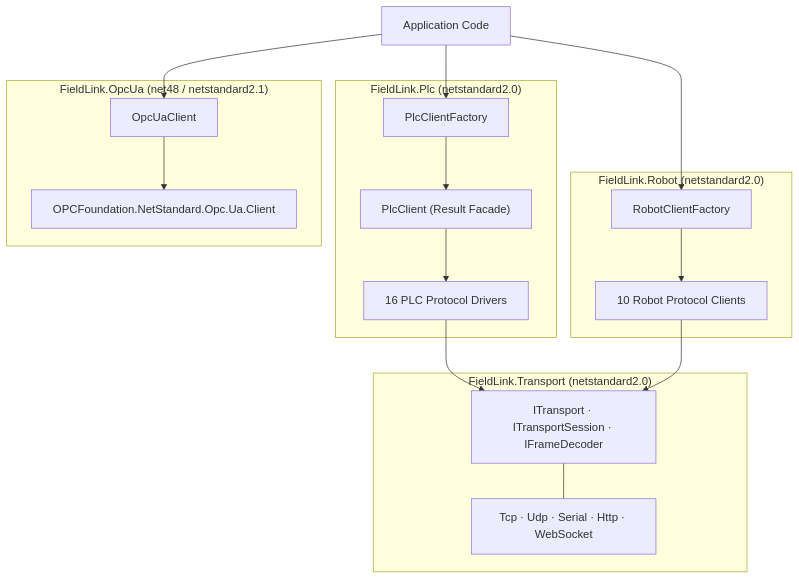
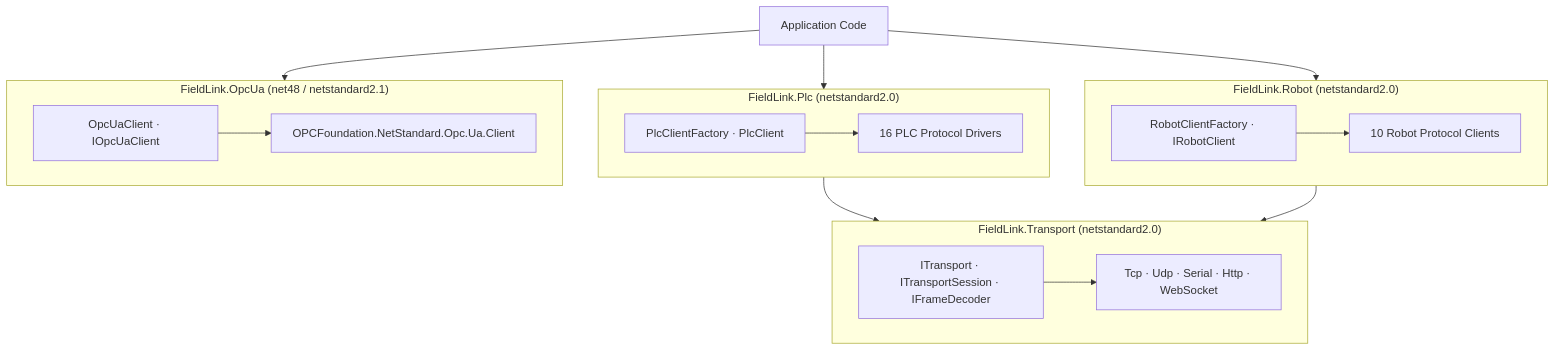
One commit to codenameis/FieldLink changed the diagram in README.md. Above: the diagram before and after it, drawn with Mermaid. The commit also changed 1 other file, not shown here.

Commit message:
docs: fix README architecture Mermaid diagram arrow routing

````diff
--- a/README.md
+++ b/README.md
@@ -39,30 +39,34 @@
 ```mermaid
-flowchart TD
+flowchart TB
     App["Application Code"]
 
     subgraph Plc["FieldLink.Plc (netstandard2.0)"]
-        PlcFactory["PlcClientFactory"]
-        PlcClient["PlcClient (Result Facade)"]
-        PlcCodecs["16 PLC Protocol Drivers"]
+        PlcEntry["PlcClientFactory · PlcClient"]
+        PlcDrivers["16 PLC Protocol Drivers"]
+        PlcEntry --> PlcDrivers
     end
 
     subgraph Robot["FieldLink.Robot (netstandard2.0)"]
-        RobotFactory["RobotClientFactory"]
-        RobotCodecs["10 Robot Protocol Clients"]
+        RobotEntry["RobotClientFactory · IRobotClient"]
+        RobotDrivers["10 Robot Protocol Clients"]
+        RobotEntry --> RobotDrivers
     end
 
     subgraph OpcUa["FieldLink.OpcUa (net48 / netstandard2.1)"]
-        UaClient["OpcUaClient"]
+        UaEntry["OpcUaClient · IOpcUaClient"]
         UaStack["OPCFoundation.NetStandard.Opc.Ua.Client"]
+        UaEntry --> UaStack
     end
 
     subgraph Transport["FieldLink.Transport (netstandard2.0)"]
-        Contracts["ITransport · ITransportSession · IFrameDecoder"]
-        Channels["Tcp · Udp · Serial · Http · WebSocket"]
+        TransportContracts["ITransport · ITransportSession · IFrameDecoder"]
+        TransportChannels["Tcp · Udp · Serial · Http · WebSocket"]
+        TransportContracts --> TransportChannels
     end
 
-    App --> PlcFactory --> PlcClient --> PlcCodecs --> Contracts
-    App --> RobotFactory --> RobotCodecs --> Contracts
-    Contracts --- Channels
-    App --> UaClient --> UaStack
+    App --> Plc
+    App --> Robot
+    App --> OpcUa
+    Plc --> Transport
+    Robot --> Transport
 ```
````
